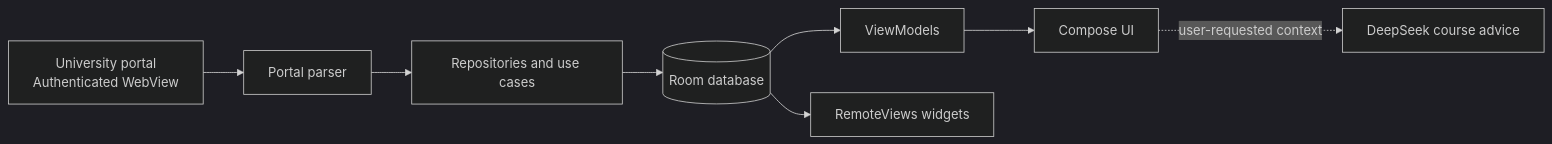
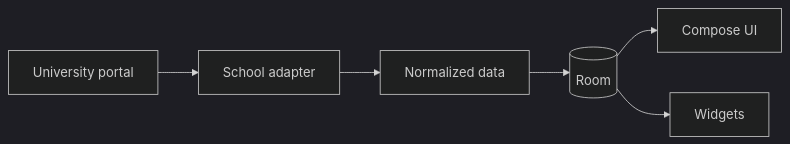
The diagram in README.md (huishingcheung/Keshu), drawn with Mermaid (dark theme) before and after one commit. The commit also changed other lines of this file and 52 other files, not shown here.

````diff
--- a/README.md
+++ b/README.md
@@ -110,10 +80,8 @@
 ```mermaid
 flowchart LR
-    Portal[University portal<br/>Authenticated WebView] --> Parser[Portal parser]
-    Parser --> Repository[Repositories and use cases]
-    Repository --> Room[(Room database)]
-    Room --> ViewModel[ViewModels]
-    ViewModel --> UI[Compose UI]
-    Room --> Widgets[RemoteViews widgets]
-    UI -. user-requested context .-> Advisor[DeepSeek course advice]
+    Portal[University portal] --> Adapter[School adapter]
+    Adapter --> Model[Normalized data]
+    Model --> Room[(Room)]
+    Room --> UI[Compose UI]
+    Room --> Widgets[Widgets]
 ```
````
